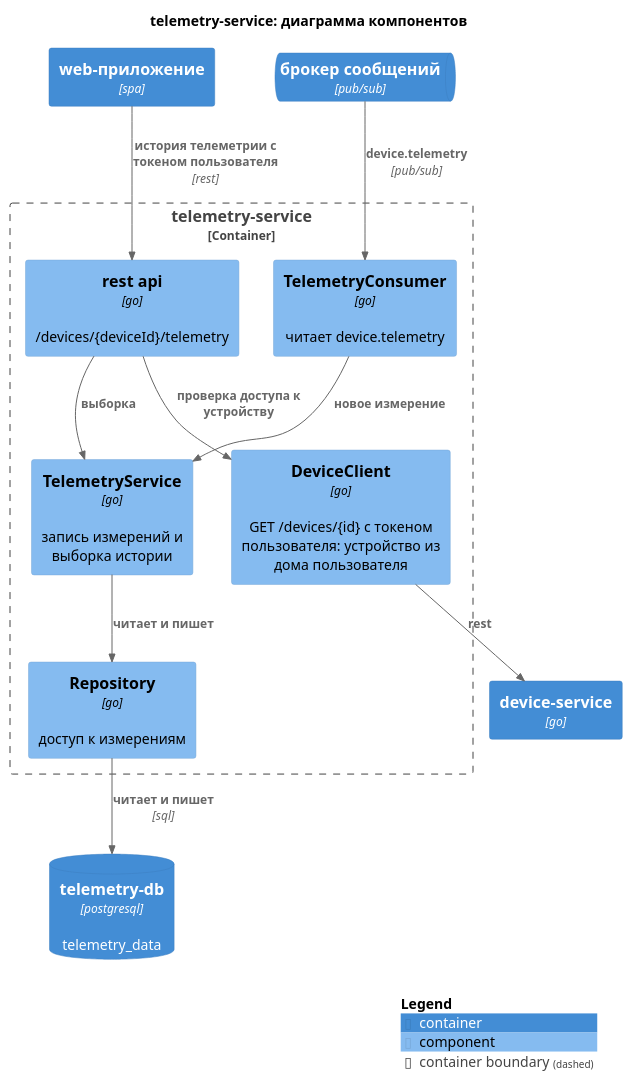
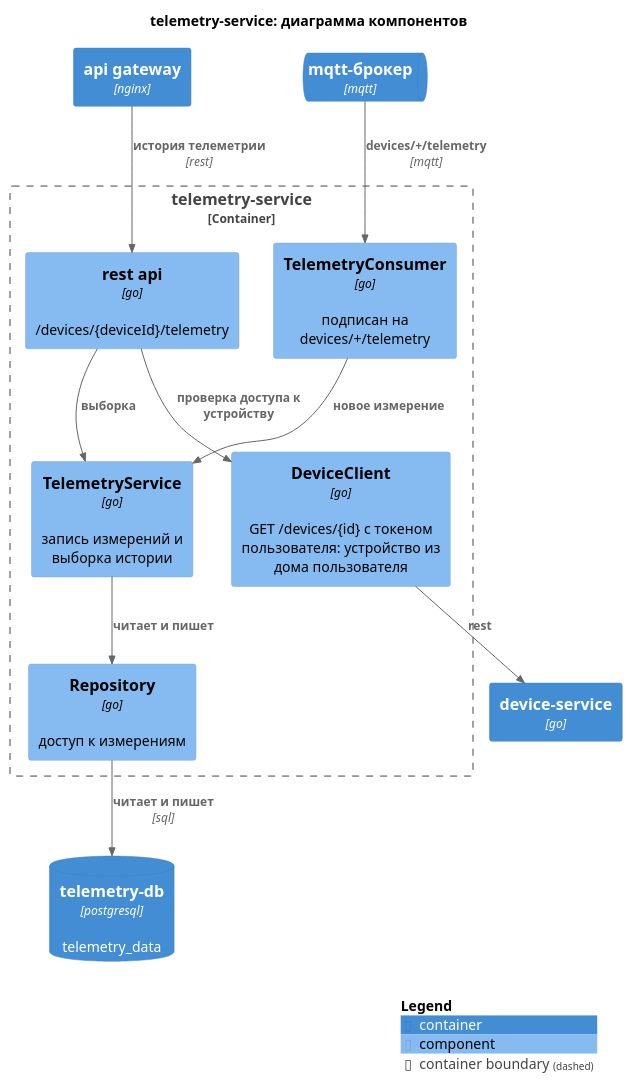
One commit to Murl1k/arch-sprint-1 changed the diagram in diagrams/component/telemetry-service.puml. Above: the diagram before and after it, drawn with PlantUML. The commit also changed 22 other files, not shown here.

```diff
--- a/diagrams/component/telemetry-service.puml
+++ b/diagrams/component/telemetry-service.puml
@@ -1,29 +1,29 @@
 @startuml telemetry-service
 !include https://raw.githubusercontent.com/plantuml-stdlib/C4-PlantUML/v2.14.0/C4_Component.puml
 
 title telemetry-service: диаграмма компонентов
 
-Container(web, "web-приложение", "spa")
+Container(api_gw, "api gateway", "nginx")
 Container(device_svc, "device-service", "go")
-ContainerQueue(broker, "брокер сообщений", "pub/sub")
+ContainerQueue(mqtt, "mqtt-брокер", "mqtt")
 ContainerDb(db, "telemetry-db", "postgresql", "telemetry_data")
 
 Container_Boundary(svc, "telemetry-service") {
     Component(api, "rest api", "go", "/devices/{deviceId}/telemetry")
     Component(client, "DeviceClient", "go", "GET /devices/{id} с токеном пользователя: устройство из дома пользователя")
-    Component(consumer, "TelemetryConsumer", "go", "читает device.telemetry")
+    Component(consumer, "TelemetryConsumer", "go", "подписан на devices/+/telemetry")
     Component(telemetry, "TelemetryService", "go", "запись измерений и выборка истории")
     Component(repo, "Repository", "go", "доступ к измерениям")
 }
 
-Rel(web, api, "история телеметрии с токеном пользователя", "rest")
+Rel(api_gw, api, "история телеметрии", "rest")
 Rel(api, client, "проверка доступа к устройству")
 Rel(client, device_svc, "rest")
-Rel(broker, consumer, "device.telemetry", "pub/sub")
+Rel(mqtt, consumer, "devices/+/telemetry", "mqtt")
 Rel(api, telemetry, "выборка")
 Rel(consumer, telemetry, "новое измерение")
 Rel(telemetry, repo, "читает и пишет")
 Rel(repo, db, "читает и пишет", "sql")
 
 SHOW_LEGEND()
 @enduml
```
